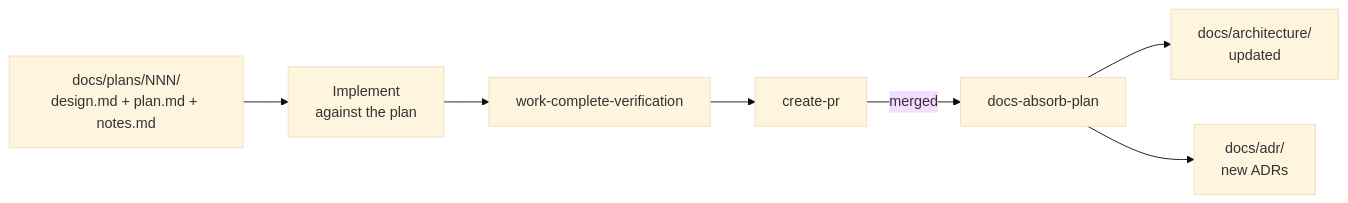
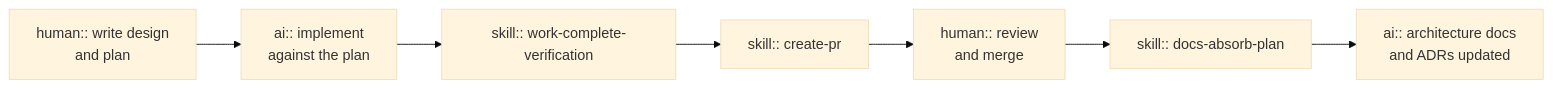
Before and after one commit to tcamise-gpsw/ai-golden-repo: the fifth of 5 diagrams in README-META.md, drawn with Mermaid (base theme). The commit also changed other lines of this file, not shown here.

First line of the commit message:
docs: clarify workflow diagrams with human/ai/skill prefixes

````diff
--- a/README-META.md
+++ b/README-META.md
@@ -147,9 +148,9 @@
 ```mermaid
 flowchart LR
-    Design["docs/plans/NNN/\ndesign.md + plan.md + notes.md"] --> Implement["Implement\nagainst the plan"]
-    Implement --> Verify["work-complete-verification"]
-    Verify --> PR["create-pr"]
-    PR -->|merged| Absorb["docs-absorb-plan"]
-    Absorb --> Arch["docs/architecture/\nupdated"]
-    Absorb --> ADR["docs/adr/\nnew ADRs"]
+    A["human:: write design\nand plan"] --> B["ai:: implement\nagainst the plan"]
+    B --> C["skill:: work-complete-verification"]
+    C --> D["skill:: create-pr"]
+    D --> E["human:: review\nand merge"]
+    E --> F["skill:: docs-absorb-plan"]
+    F --> G["ai:: architecture docs\nand ADRs updated"]
 ```
````
